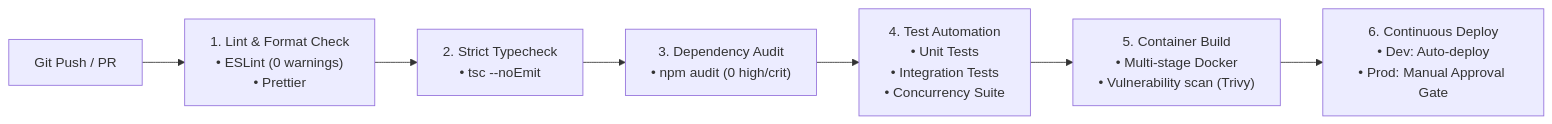
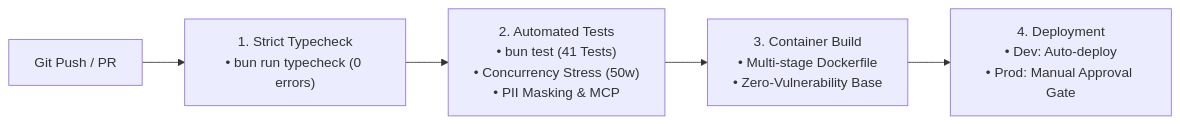
One commit to napaporn-s/lockgo-platform changed the third of 3 diagrams in docs/04_TESTING_AND_DEVOPS_STRATEGY.md. Above: the diagram before and after it, drawn with Mermaid. The commit also changed other lines of this file and 12 other files, not shown here.

Commit message:
fix(compliance/architecture): สร้าง Real PII Masking Engine, เพิ่ม Topic 19 Tools Matrix, Playbook 7 Silent Drop และ AI Code Review Artifact (Topic 21)

````diff
--- a/docs/04_TESTING_AND_DEVOPS_STRATEGY.md
+++ b/docs/04_TESTING_AND_DEVOPS_STRATEGY.md
@@ -65,20 +72,15 @@
 ```mermaid
 flowchart LR
-    Commit["Git Push / PR"] --> LintGate["1. Lint & Format Check
-• ESLint (0 warnings)
-• Prettier"]
-    LintGate --> TypecheckGate["2. Strict Typecheck
-• tsc --noEmit"]
-    TypecheckGate --> SecurityAudit["3. Dependency Audit
-• npm audit (0 high/crit)"]
-    SecurityAudit --> TestSuite["4. Test Automation
-• Unit Tests
-• Integration Tests
-• Concurrency Suite"]
-    TestSuite --> DockerBuild["5. Container Build
-• Multi-stage Docker
-• Vulnerability scan (Trivy)"]
-    DockerBuild --> DeployStage["6. Continuous Deploy
+    Commit["Git Push / PR"] --> TypecheckGate["1. Strict Typecheck
+• bun run typecheck (0 errors)"]
+    TypecheckGate --> TestSuite["2. Automated Tests
+• bun test (41 Tests)
+• Concurrency Stress (50w)
+• PII Masking & MCP"]
+    TestSuite --> DockerBuild["3. Container Build
+• Multi-stage Dockerfile
+• Zero-Vulnerability Base"]
+    DockerBuild --> DeployStage["4. Deployment
 • Dev: Auto-deploy
 • Prod: Manual Approval Gate"]
 ```
````
